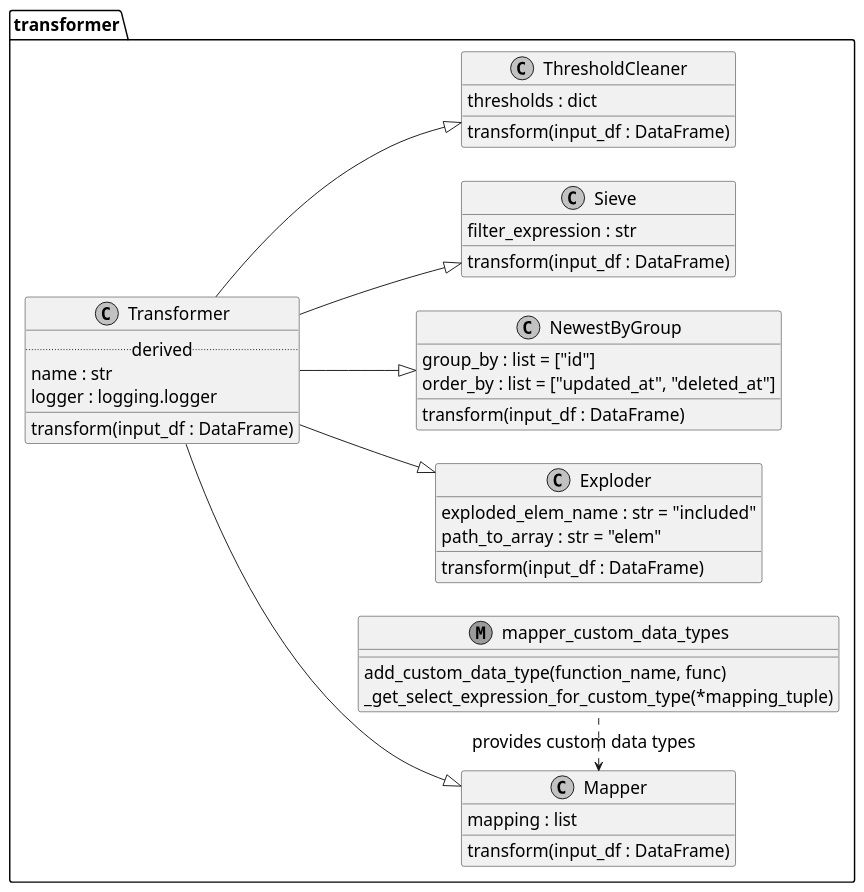
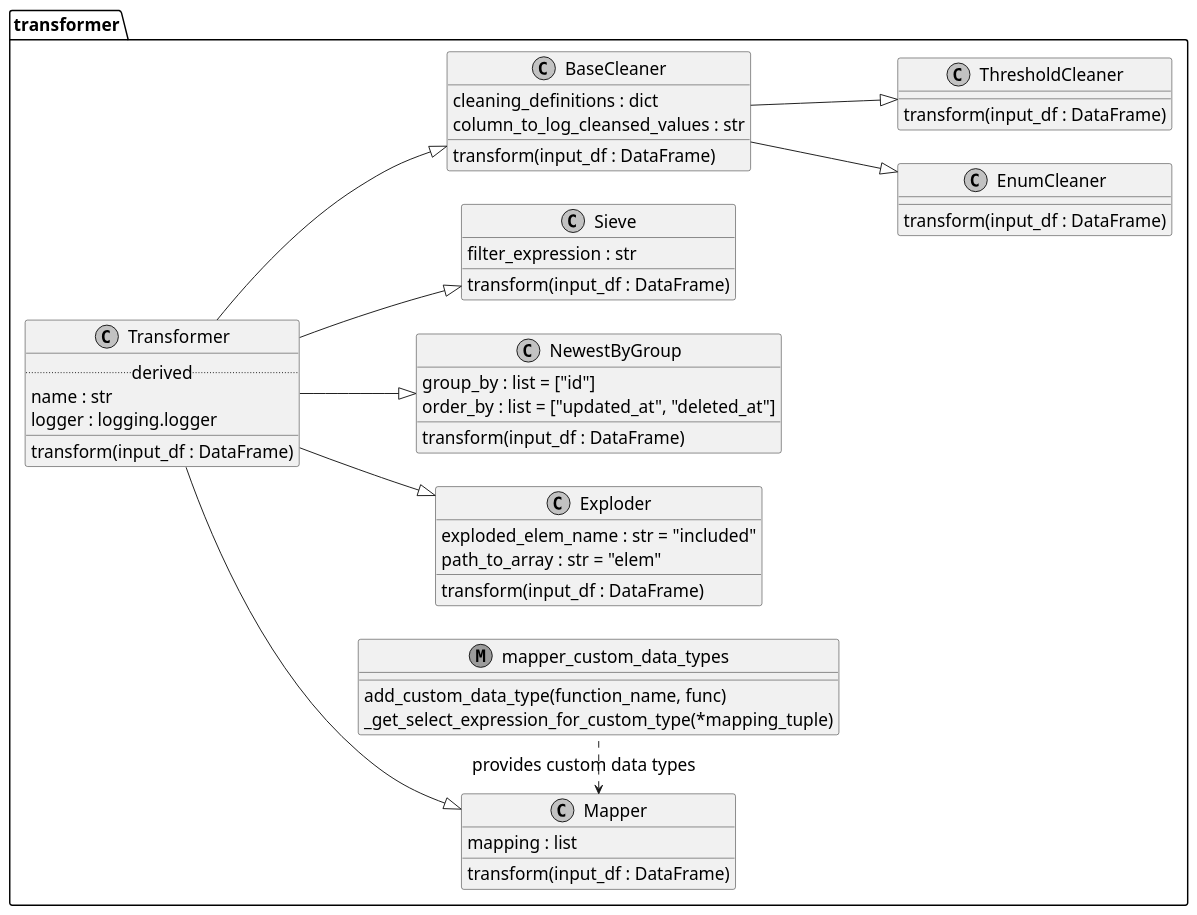
The diagram in docs/source/diagrams/from_thesis/class_diagram/transformers.puml (Breaka84/Spooq), drawn with PlantUML before and after one commit. The commit also changed 4 other files, not shown here.

```diff
--- a/docs/source/diagrams/from_thesis/class_diagram/transformers.puml
+++ b/docs/source/diagrams/from_thesis/class_diagram/transformers.puml
@@ -1,65 +1,76 @@
 @startuml
 
 skinparam monochrome true
 skinparam defaultFontname Bitstream Vera Sans Mono
 skinparam defaultFontSize 18
 
 
 left to right direction
 
 
 namespace transformer{
-    
+
   class Transformer {
     .. derived ..
     name : str
     logger : logging.logger
     __
     transform(input_df : DataFrame)
   }
   class Mapper {
     mapping : list
     __
     transform(input_df : DataFrame)
   }
   class Exploder {
     exploded_elem_name : str = "included"
     path_to_array : str = "elem"
     __
     transform(input_df : DataFrame)
   }
   class NewestByGroup {
     group_by : list = ["id"]
     order_by : list = ["updated_at", "deleted_at"]
     __
     transform(input_df : DataFrame)
   }
   class Sieve {
     filter_expression : str
     __
     transform(input_df : DataFrame)
   }
+  class BaseCleaner {
+    cleaning_definitions : dict
+    column_to_log_cleansed_values : str
+    __
+    transform(input_df : DataFrame)
+  }
+  class EnumCleaner {
+    __
+    transform(input_df : DataFrame)
+  }
   class ThresholdCleaner {
-    thresholds : dict
     __
     transform(input_df : DataFrame)
   }
   class mapper_custom_data_types << (M,orchid) >> {
     add_custom_data_type(function_name, func)
     _get_select_expression_for_custom_type(*mapping_tuple)
   }
 
   ' Exploder --|> Transformer
   ' NewestByGroup --|> Transformer
   ' Mapper --|> Transformer
   ' Sieve --|> Transformer
   ' ThresholdCleaner --|> Transformer
-  Transformer --|> Mapper 
+  Transformer --|> Mapper
   Mapper <. mapper_custom_data_types : provides custom data types
   Transformer --|> Exploder
-  Transformer --|> NewestByGroup 
-  Transformer --|> Sieve 
-  Transformer --|> ThresholdCleaner 
+  Transformer --|> NewestByGroup
+  Transformer --|> Sieve
+  Transformer --|> BaseCleaner
+  BaseCleaner --|> ThresholdCleaner
+  BaseCleaner --|> EnumCleaner
 
 }
  @enduml
```
